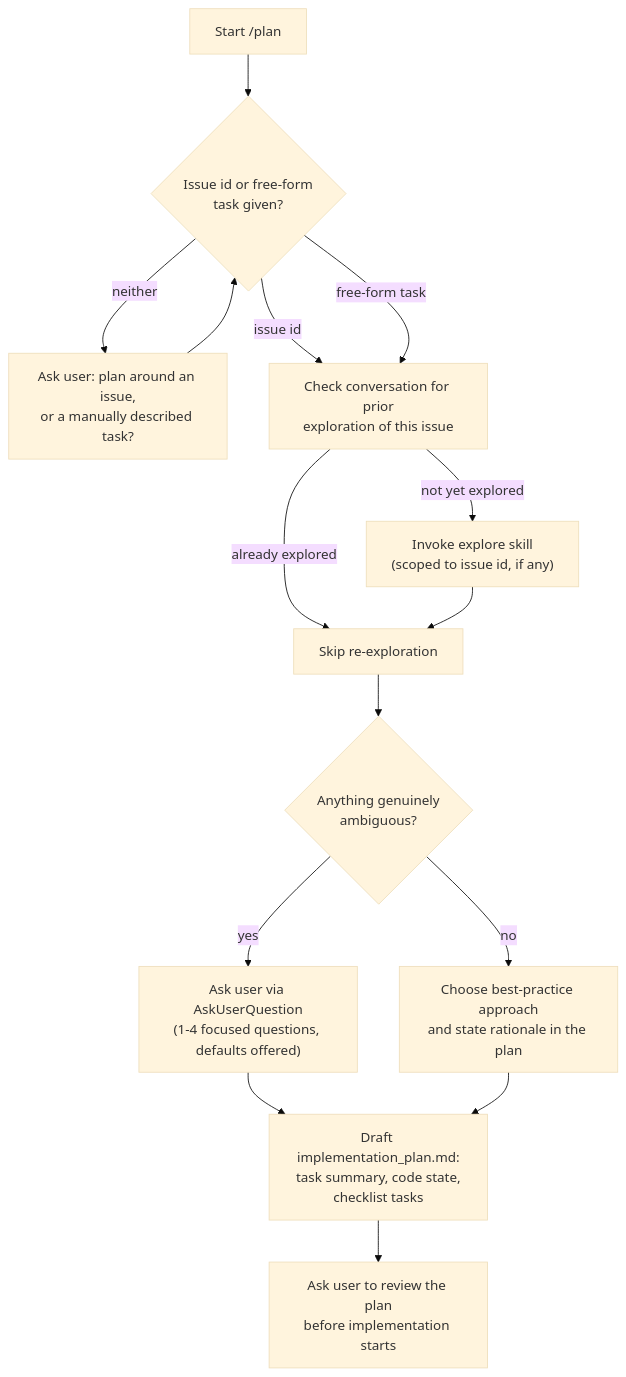
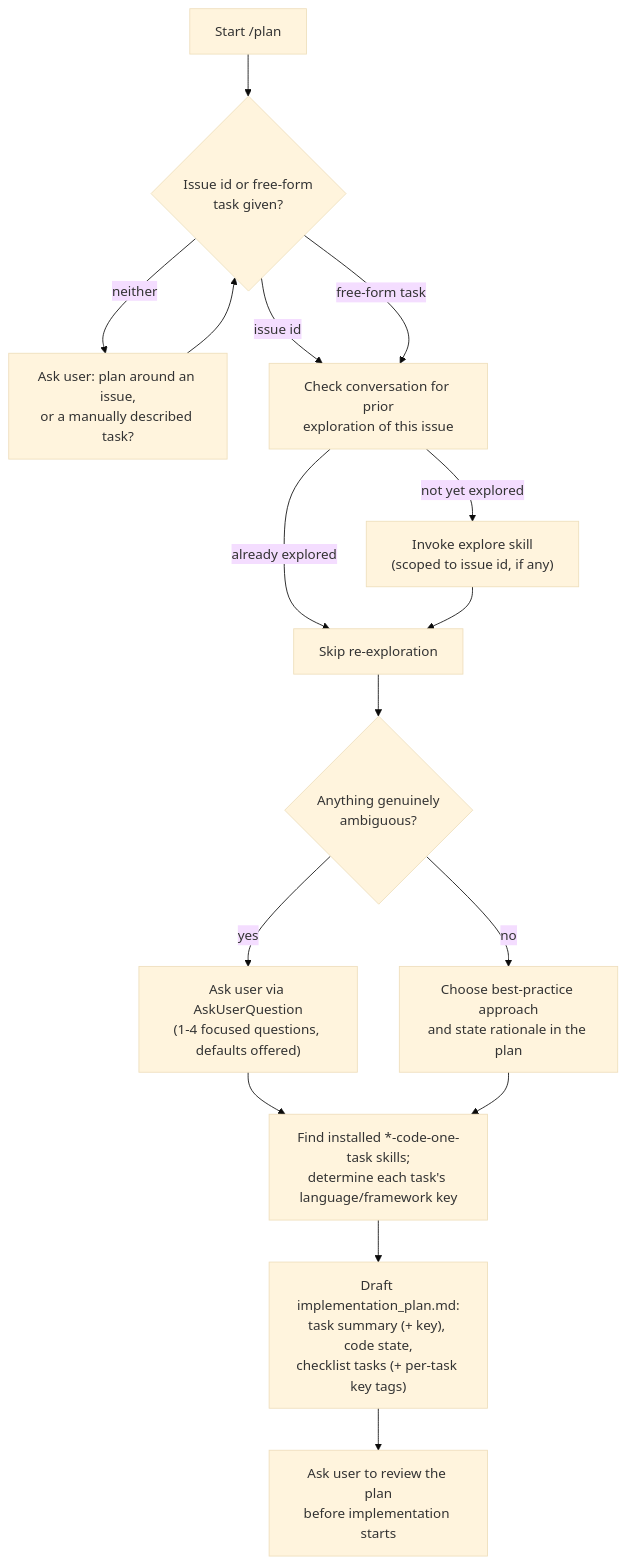
Before and after one commit to albertoirurueta/ai-catalog: the diagram in docs/modules/ROOT/pages/skills/plan.adoc, drawn with Mermaid (base theme). The commit also changed other lines of this file and 23 other files, not shown here.

```diff
--- a/docs/modules/ROOT/pages/skills/plan.adoc
+++ b/docs/modules/ROOT/pages/skills/plan.adoc
@@ -65,18 +74,19 @@
 [mermaid]
 ....
 flowchart TD
     A[Start /plan] --> B{Issue id or free-form\ntask given?}
     B -- neither --> C["Ask user: plan around an issue,\nor a manually described task?"]
     C --> B
     B -- issue id --> D["Check conversation for prior\nexploration of this issue"]
     B -- free-form task --> D
     D -- already explored --> F[Skip re-exploration]
     D -- not yet explored --> E["Invoke explore skill\n(scoped to issue id, if any)"]
     E --> F
     F --> G{Anything genuinely\nambiguous?}
     G -- yes --> H["Ask user via AskUserQuestion\n(1-4 focused questions, defaults offered)"]
     G -- no --> I["Choose best-practice approach\nand state rationale in the plan"]
-    H --> J["Draft implementation_plan.md:\ntask summary, code state,\nchecklist tasks"]
+    H --> J["Find installed *-code-one-task skills;\ndetermine each task's language/framework key"]
     I --> J
-    J --> K["Ask user to review the plan\nbefore implementation starts"]
+    J --> K["Draft implementation_plan.md:\ntask summary (+ key), code state,\nchecklist tasks (+ per-task key tags)"]
+    K --> L["Ask user to review the plan\nbefore implementation starts"]
 ....
```
